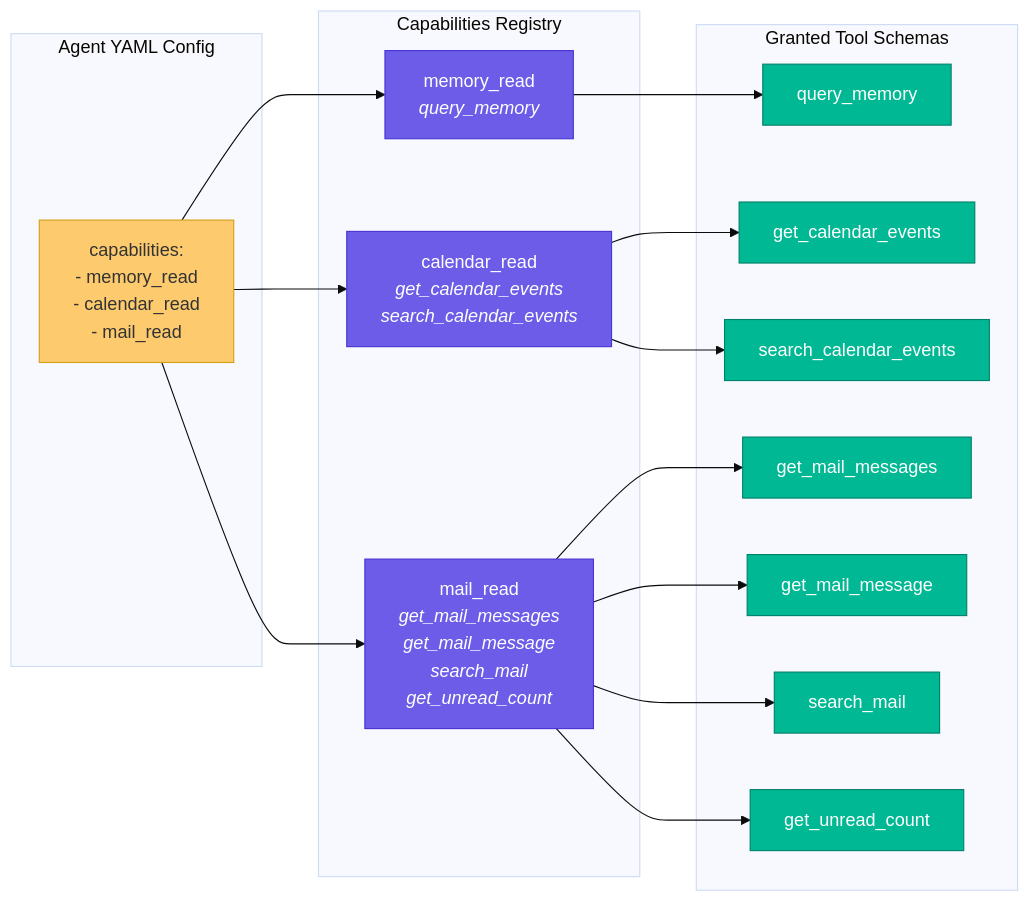
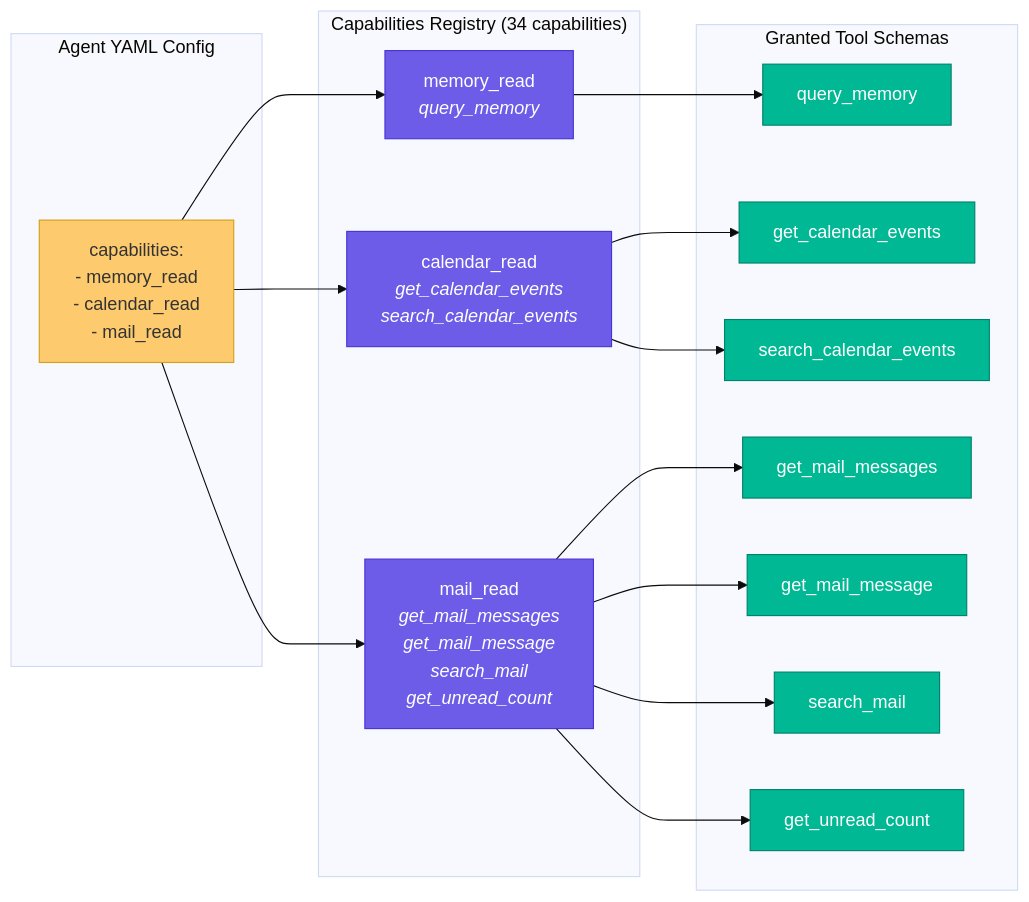
Before and after one commit to jrichyrich/chief-of-staff: the seventh of 18 diagrams in docs/architecture.md, drawn with Mermaid (base theme). The commit also changed other lines of this file and 9 other files, not shown here.

First line of the commit message:
docs: comprehensive documentation overhaul with architecture diagrams and ADRs

````diff
--- a/docs/architecture.md
+++ b/docs/architecture.md
@@ -440,35 +571,35 @@
 ```mermaid
 graph LR
     subgraph AgentYAML["Agent YAML Config"]
         CAP["capabilities:<br/>- memory_read<br/>- calendar_read<br/>- mail_read"]
     end
 
-    subgraph CapRegistry["Capabilities Registry"]
+    subgraph CapRegistry["Capabilities Registry (34 capabilities)"]
         C1["memory_read<br/><i>query_memory</i>"]
         C2["calendar_read<br/><i>get_calendar_events</i><br/><i>search_calendar_events</i>"]
         C3["mail_read<br/><i>get_mail_messages</i><br/><i>get_mail_message</i><br/><i>search_mail</i><br/><i>get_unread_count</i>"]
     end
 
     subgraph ToolSchemas["Granted Tool Schemas"]
         T1["query_memory"]
         T2["get_calendar_events"]
         T3["search_calendar_events"]
         T4["get_mail_messages"]
         T5["get_mail_message"]
         T6["search_mail"]
         T7["get_unread_count"]
     end
 
     CAP --> C1 & C2 & C3
     C1 --> T1
     C2 --> T2 & T3
     C3 --> T4 & T5 & T6 & T7
 
     classDef yaml fill:#fdcb6e,stroke:#d4a017,color:#333
     classDef cap fill:#6c5ce7,stroke:#4834d4,color:#fff
     classDef tool fill:#00b894,stroke:#00816a,color:#fff
 
     class CAP yaml
     class C1,C2,C3 cap
     class T1,T2,T3,T4,T5,T6,T7 tool
 ```
````
